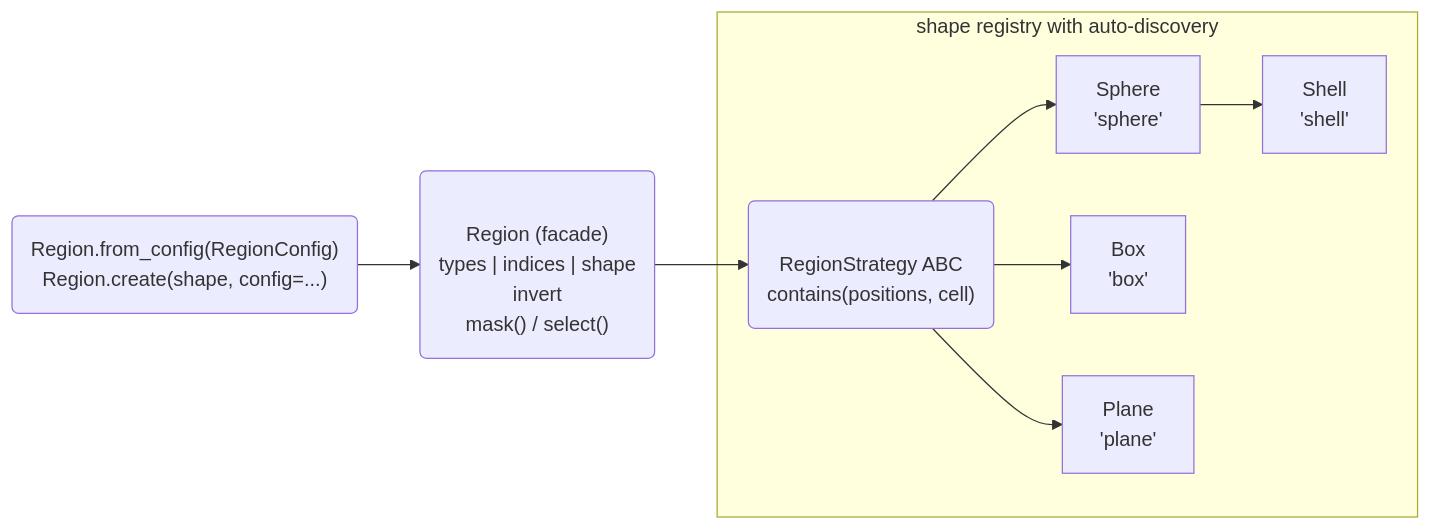
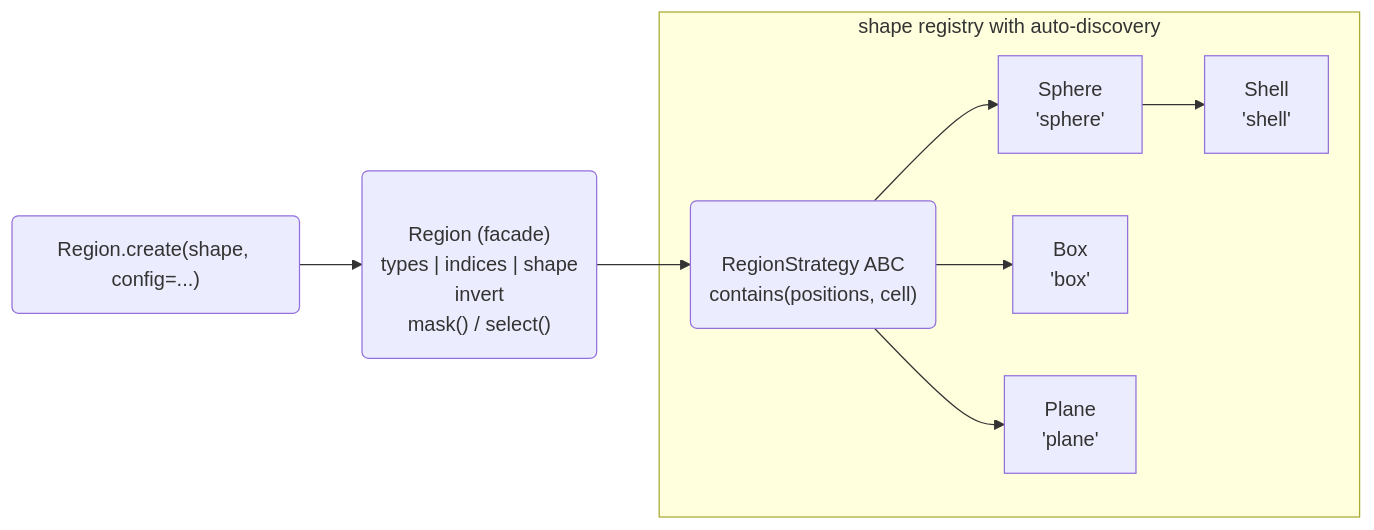
One commit to hugomoison/pyKMC changed the diagram in docs/dev_region.md. Above: the diagram before and after it, drawn with Mermaid. The commit also changed other lines of this file, not shown here.

Commit message:
update usage region doc

````diff
--- a/docs/dev_region.md
+++ b/docs/dev_region.md
@@ -21,12 +18,12 @@
 ```mermaid
 graph LR;
-A("Region.from_config(RegionConfig)<br>Region.create(shape, config=...)")
+A("Region.create(shape, config=...)")
 --> B("<br>Region (facade)<br>types | indices | shape<br>invert<br>mask() / select()<br>");
 B --> C("<br>RegionStrategy ABC<br>contains(positions, cell)<br>");
 subgraph registry["shape registry with auto-discovery"]
 C --> D["Sphere<br>'sphere'"];
 D --> E["Shell<br>'shell'"];
 C --> F["Box<br>'box'"];
 C --> G["Plane<br>'plane'"];
 end
 ```
````
